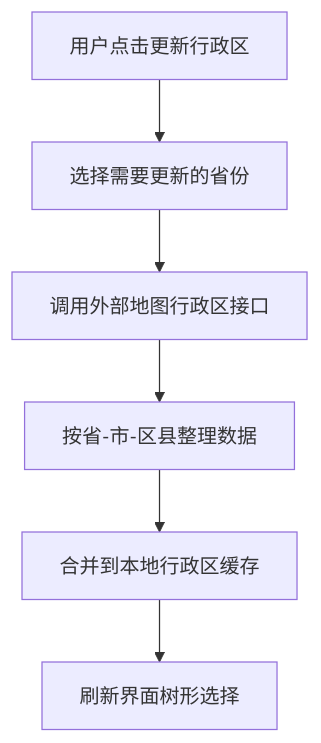
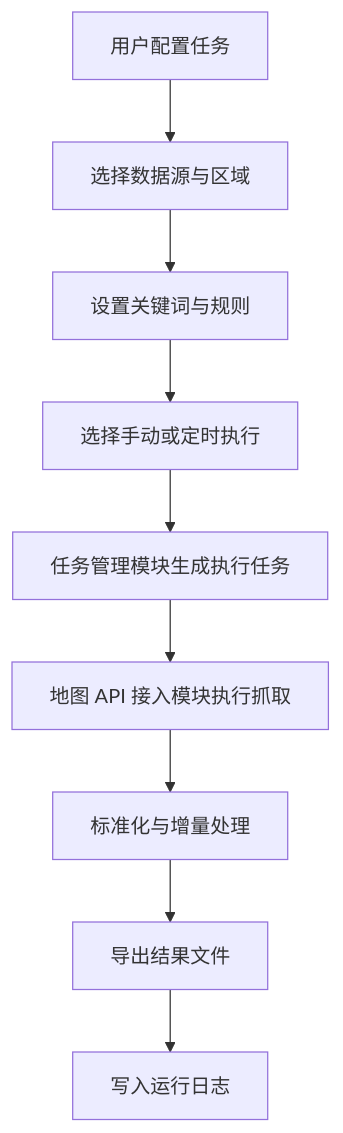
The second of 3 diagrams in docs/SOFTWARE_DESIGN.md (CV-Q/python), drawn with Mermaid before and after one commit. The commit also changed other lines of this file and 46 other files, not shown here.

````diff
--- a/docs/SOFTWARE_DESIGN.md
+++ b/docs/SOFTWARE_DESIGN.md
@@ -160,8 +498,11 @@
 ```mermaid
 flowchart TD
-    A[用户点击更新行政区] --> B[选择需要更新的省份]
-    B --> C[调用外部地图行政区接口]
-    C --> D[按省-市-区县整理数据]
-    D --> E[合并到本地行政区缓存]
-    E --> F[刷新界面树形选择]
+    A[用户配置任务] --> B[选择数据源与区域]
+    B --> C[设置关键词与规则]
+    C --> D[选择手动或定时执行]
+    D --> E[任务管理模块生成执行任务]
+    E --> F[地图 API 接入模块执行抓取]
+    F --> G[标准化与增量处理]
+    G --> H[导出结果文件]
+    H --> I[写入运行日志]
 ```
````
